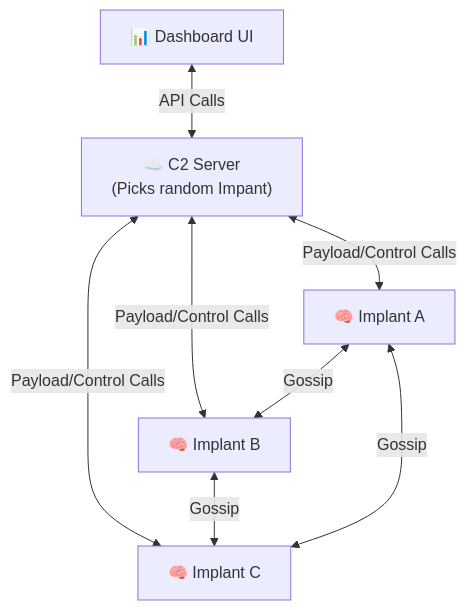
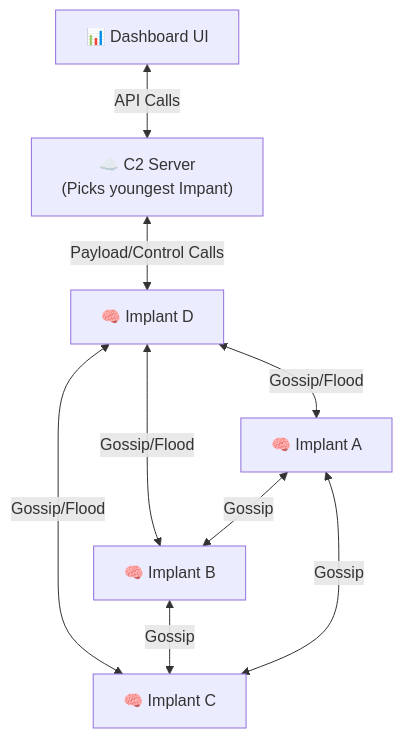
The diagram in README.md (pratiksingh94/mesh-c2), drawn with Mermaid before and after one commit. The commit also changed other lines of this file and 24 other files, not shown here.

Commit message:
Re-wrote the command transportation multiple times due flaws in idea, finally made it properly decentralized, now the command goes to the youngest implant and then it gets flooded/broadcasted to every other implant in the mesh

`````diff
--- a/README.md
+++ b/README.md
@@ -24,18 +148,22 @@
 ```mermaid
 graph TD
     Dashboard["📊 Dashboard UI"]
     C2["☁️ C2 Server
-    (Picks random Impant)"]
+    (Picks youngest Impant)"]
     A["🧠 Implant A"]
     B["🧠 Implant B"]
     C["🧠 Implant C"]
+    D["🧠 Implant D"]
     
     Dashboard <--API Calls--> C2
-    C2 <--Payload/Control Calls--> A
-    C2 <--Payload/Control Calls--> B
-    C2 <--Payload/Control Calls--> C
+
+    C2 <--Payload/Control Calls--> D
     
+    
+    D <--Gossip/Flood--> A
+    D <--Gossip/Flood--> B
+    D <--Gossip/Flood--> C
     A <--Gossip--> B
     B <--Gossip--> C
     C <--Gossip--> A
 ````
`````
